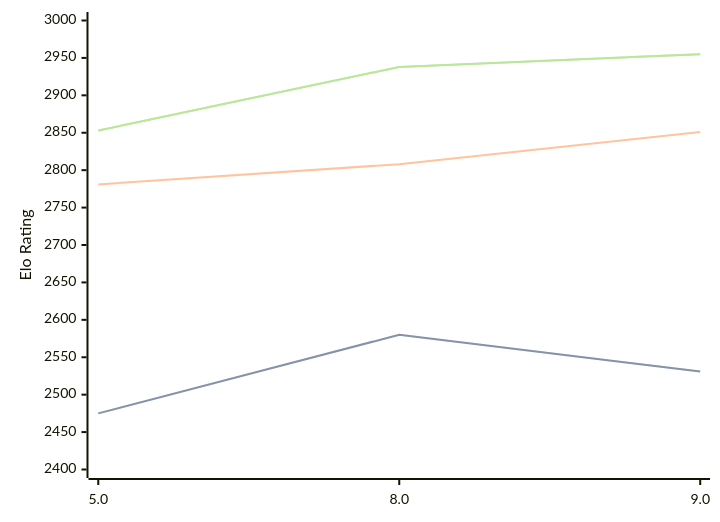
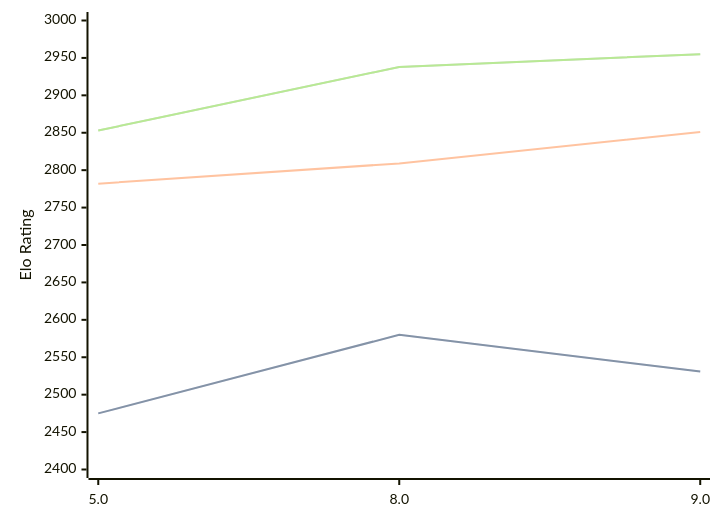
Before and after one commit to computer-chess-index/cci: the diagram in engines/4kc.md, drawn with Mermaid. The commit also changed other lines of this file, not shown here.

````diff
--- a/engines/4kc.md
+++ b/engines/4kc.md
@@ -33,11 +33,11 @@
 ```mermaid
 %%{init: {"theme":"base","themeVariables":{"seriesColors:['#a3a3a3','#222221','#faa371']}}}%%
 xychart-beta
   x-axis ["5.0", "8.0", "9.0"]
   y-axis "Elo Rating" 2400 --> 3000
   line "STC (8.0+0.08s)" [2475, 2580, 2531]
   line "STC (8.0+0.08s)" [2475, 2580, 2531]
-  line "LTC (60.0+0.60s)" [2781, 2808, 2851]
+  line "LTC (60.0+0.60s)" [2782, 2809, 2851]
   line "VLTC (2m24s+1.12s)" [2853, 2938, 2955]
   line "VLTC (2m24s+1.12s)" [2853, 2938, 2955]
 ```
````
